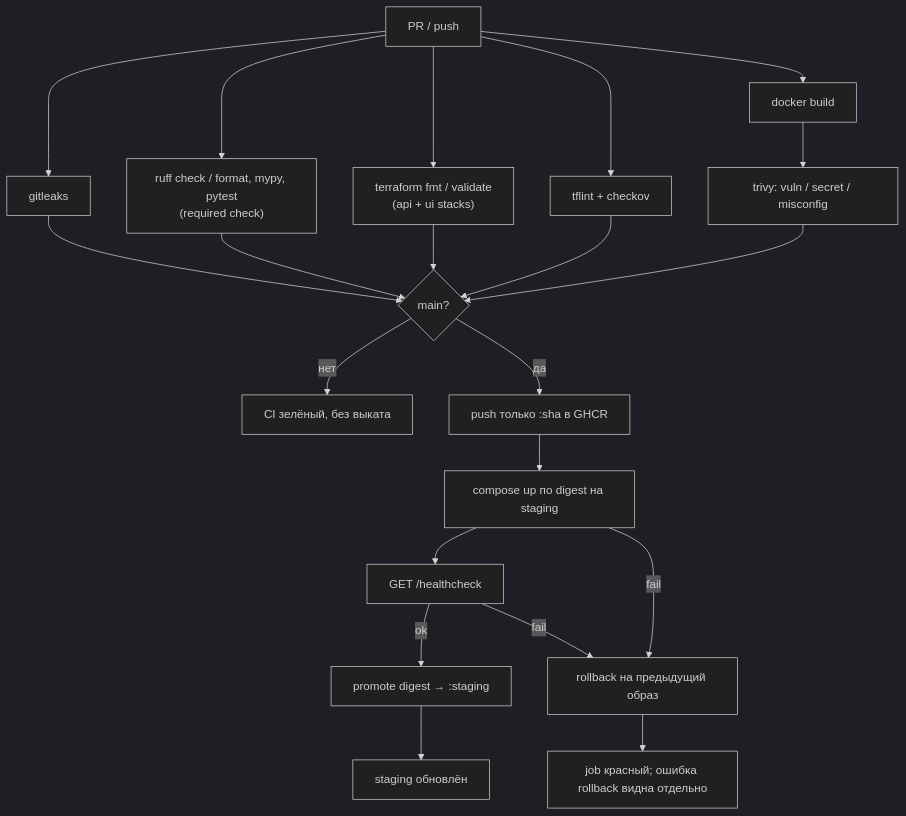
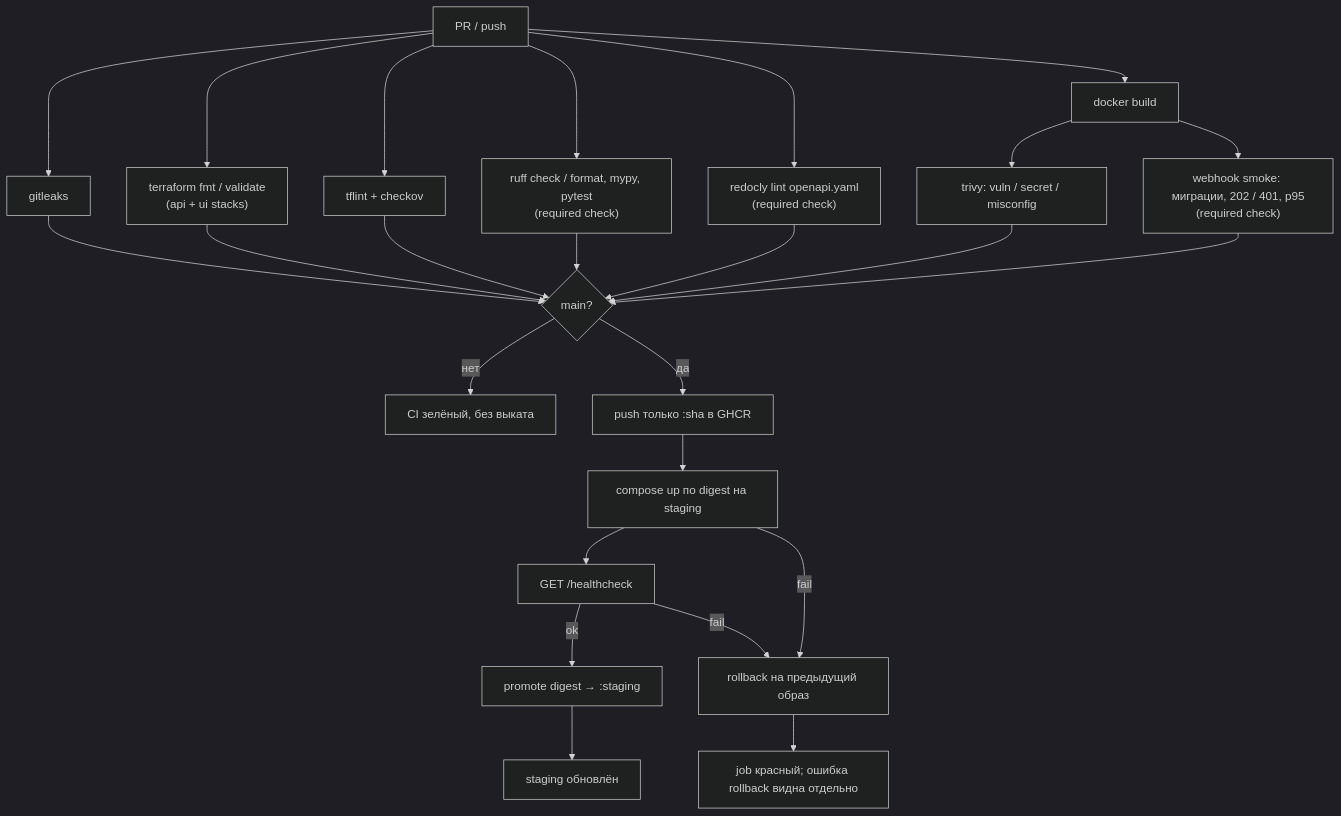
Before and after one commit to larchanka-training/dmc-268-api-t6: the diagram in docs/CICD.md, drawn with Mermaid (dark theme). The commit also changed other lines of this file and 13 other files, not shown here.

First line of the commit message:
docs: webhook and auth docs, SD drift, container smoke (#56) (#60)

````diff
--- a/docs/CICD.md
+++ b/docs/CICD.md
@@ -15,23 +15,27 @@
 ```mermaid
 flowchart TD
   pr["PR / push"] --> secrets["gitleaks"]
   pr --> tf["terraform fmt / validate\n(api + ui stacks)"]
   pr --> lint["tflint + checkov"]
   pr --> py["ruff check / format, mypy, pytest\n(required check)"]
+  pr --> oas["redocly lint openapi.yaml\n(required check)"]
   pr --> build["docker build"]
   build --> scan["trivy: vuln / secret / misconfig"]
+  build --> smoke["webhook smoke: миграции, 202 / 401, p95\n(required check)"]
   secrets --> gate{"main?"}
   py --> gate
   tf --> gate
   lint --> gate
   scan --> gate
+  oas --> gate
+  smoke --> gate
   gate -->|нет| stop["CI зелёный, без выката"]
   gate -->|да| push["push только :sha в GHCR"]
   push --> deploy["compose up по digest на staging"]
   deploy --> health["GET /healthcheck"]
   health -->|ok| promote["promote digest → :staging"]
   promote --> done["staging обновлён"]
   health -->|fail| rb["rollback на предыдущий образ"]
   deploy -->|fail| rb
   rb --> fail["job красный; ошибка rollback видна отдельно"]
 ```
````
